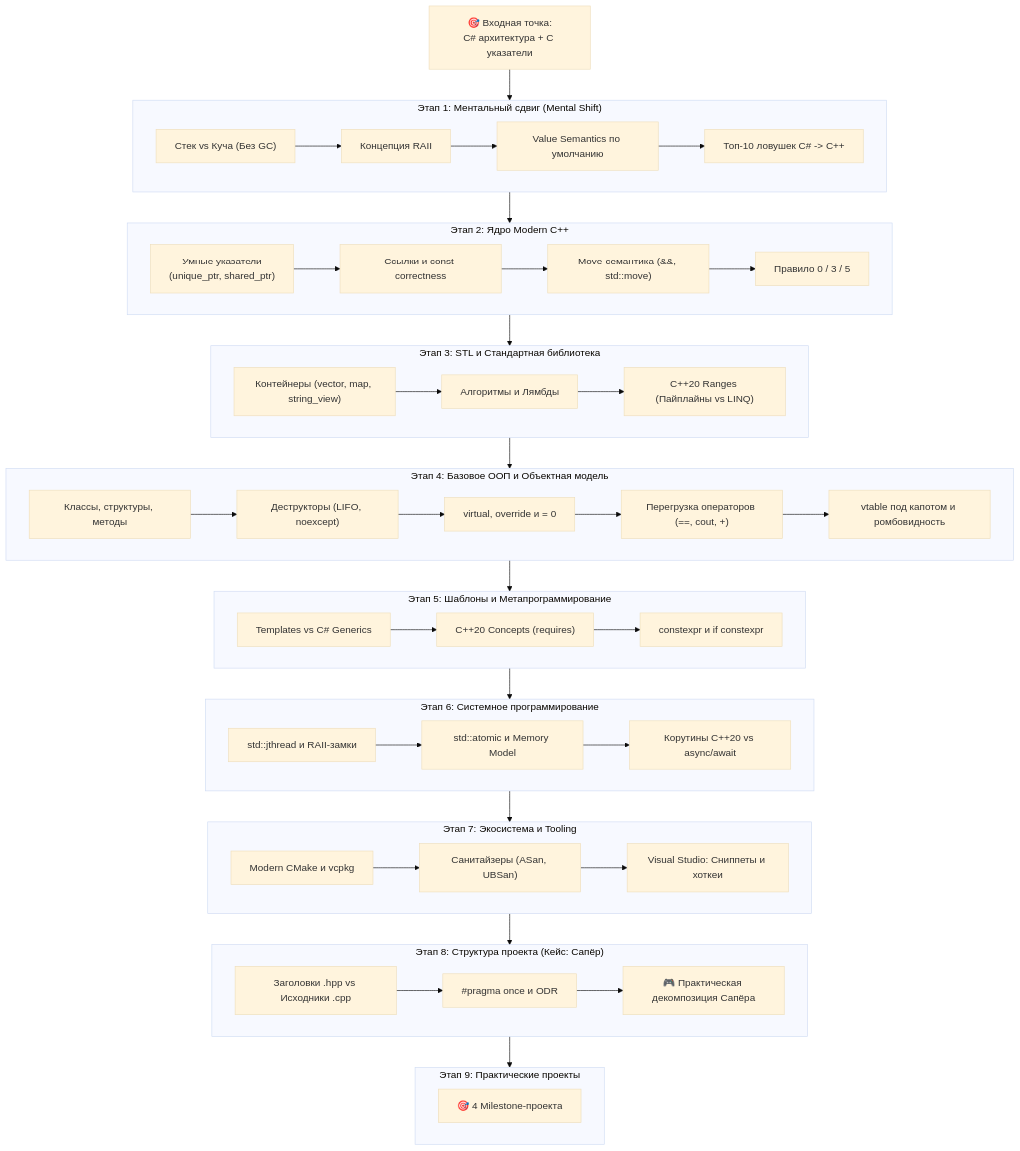
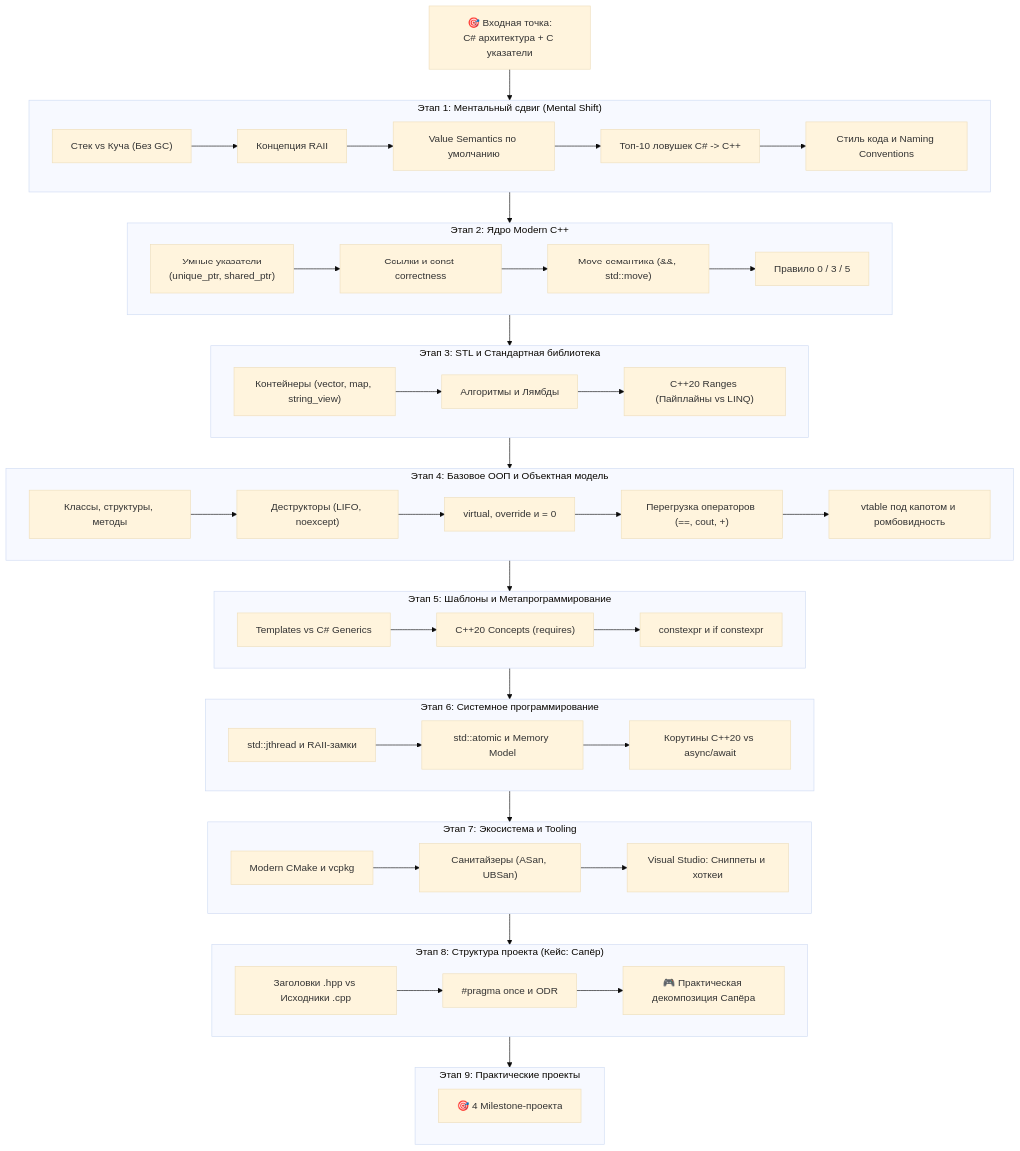
Before and after one commit to Irus07/CppRoadMap: the diagram in README.md, drawn with Mermaid (base theme). The commit also changed other lines of this file and 1 other file, not shown here.

Commit message:
Add guide on C++ naming conventions and style guidelines

````diff
--- a/README.md
+++ b/README.md
@@ -14,68 +14,69 @@
 ```mermaid
 flowchart TD
     Start["🎯 Входная точка:<br/>C# архитектура + C указатели"] --> Phase1
     
     subgraph Phase1["Этап 1: Ментальный сдвиг (Mental Shift)"]
         A1["Стек vs Куча (Без GC)"] --> A2["Концепция RAII"]
         A2 --> A3["Value Semantics по умолчанию"]
         A3 --> A4["Топ-10 ловушек C# -> C++"]
+        A4 --> A5["Стиль кода и Naming Conventions"]
     end
 
     Phase1 --> Phase2
 
     subgraph Phase2["Этап 2: Ядро Modern C++"]
         B1["Умные указатели<br/>(unique_ptr, shared_ptr)"] --> B2["Ссылки и const-correctness"]
         B2 --> B3["Move-семантика (&&, std::move)"]
         B3 --> B4["Правило 0 / 3 / 5"]
     end
 
     Phase2 --> Phase3
 
     subgraph Phase3["Этап 3: STL и Стандартная библиотека"]
         C1["Контейнеры (vector, map, string_view)"] --> C2["Алгоритмы и Лямбды"]
         C2 --> C3["C++20 Ranges (Пайплайны vs LINQ)"]
     end
 
     Phase3 --> Phase4
 
     subgraph Phase4["Этап 4: Базовое ООП и Объектная модель"]
         D1["Классы, структуры, методы"] --> D2["Деструкторы (LIFO, noexcept)"]
         D2 --> D3["virtual, override и = 0"]
         D3 --> D4["Перегрузка операторов (==, cout, +)"]
         D4 --> D5["vtable под капотом и ромбовидность"]
     end
 
     Phase4 --> Phase5
 
     subgraph Phase5["Этап 5: Шаблоны и Метапрограммирование"]
         E1["Templates vs C# Generics"] --> E2["C++20 Concepts (requires)"]
         E2 --> E3["constexpr и if constexpr"]
     end
 
     Phase5 --> Phase6
 
     subgraph Phase6["Этап 6: Системное программирование"]
         F1["std::jthread и RAII-замки"] --> F2["std::atomic и Memory Model"]
         F2 --> F3["Корутины C++20 vs async/await"]
     end
 
     Phase6 --> Phase7
 
     subgraph Phase7["Этап 7: Экосистема и Tooling"]
         G1["Modern CMake и vcpkg"] --> G2["Санитайзеры (ASan, UBSan)"]
         G2 --> G3["Visual Studio: Сниппеты и хоткеи"]
     end
 
     Phase7 --> Phase8
 
     subgraph Phase8["Этап 8: Структура проекта (Кейс: Сапёр)"]
         H1["Заголовки .hpp vs Исходники .cpp"] --> H2["#pragma once и ODR"]
         H2 --> H3["🎮 Практическая декомпозиция Сапёра"]
     end
 
     Phase8 --> Phase9
 
     subgraph Phase9["Этап 9: Практические проекты"]
         I1["🎯 4 Milestone-проекта"]
     end
 ```
````
